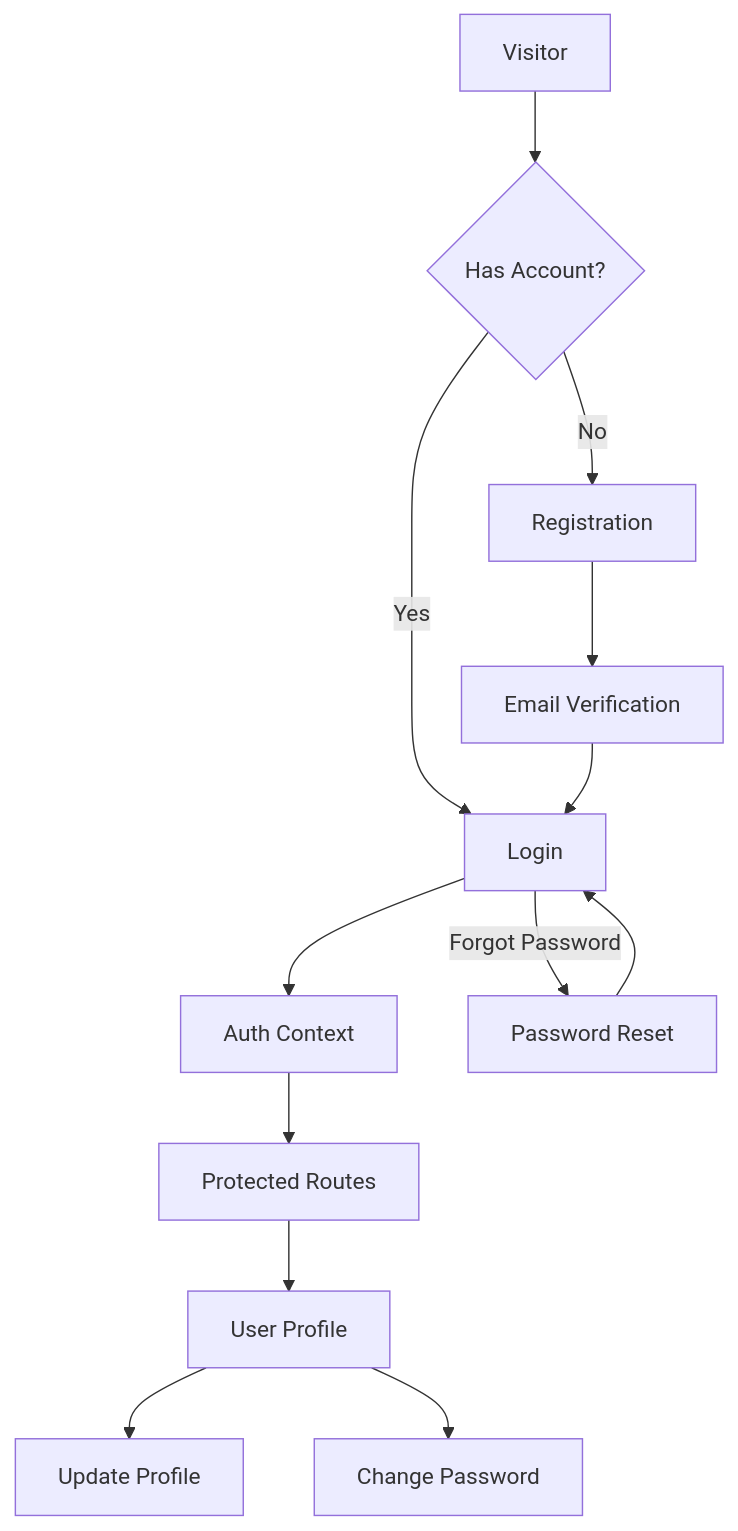
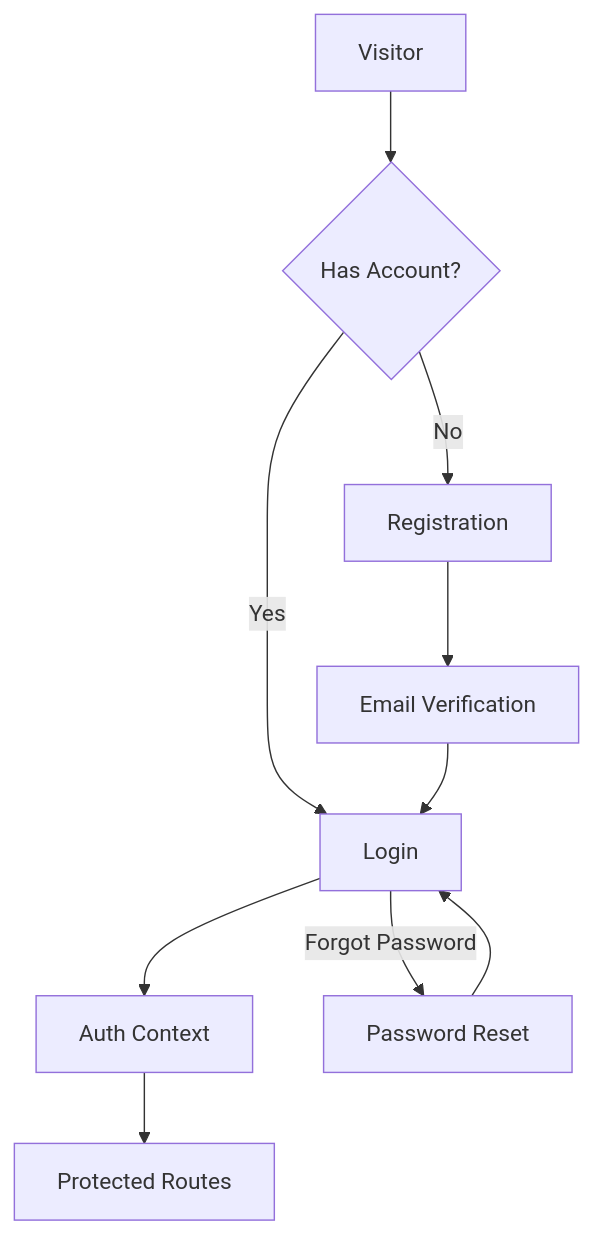
The diagram in .ai/story-2.story.md (darolishes/neuroflow), drawn with Mermaid before and after one commit. The commit also changed other lines of this file and 25 other files, not shown here.

````diff
--- a/.ai/story-2.story.md
+++ b/.ai/story-2.story.md
@@ -104,15 +98,12 @@
 ```mermaid
 graph TD
     A[Visitor] --> B{Has Account?}
     B -->|No| C[Registration]
     B -->|Yes| D[Login]
     C --> E[Email Verification]
     E --> D
     D --> F[Auth Context]
     D --> |Forgot Password| G[Password Reset]
     G --> D
     F --> H[Protected Routes]
-    H --> I[User Profile]
-    I --> J[Update Profile]
-    I --> K[Change Password]
 ```
````
